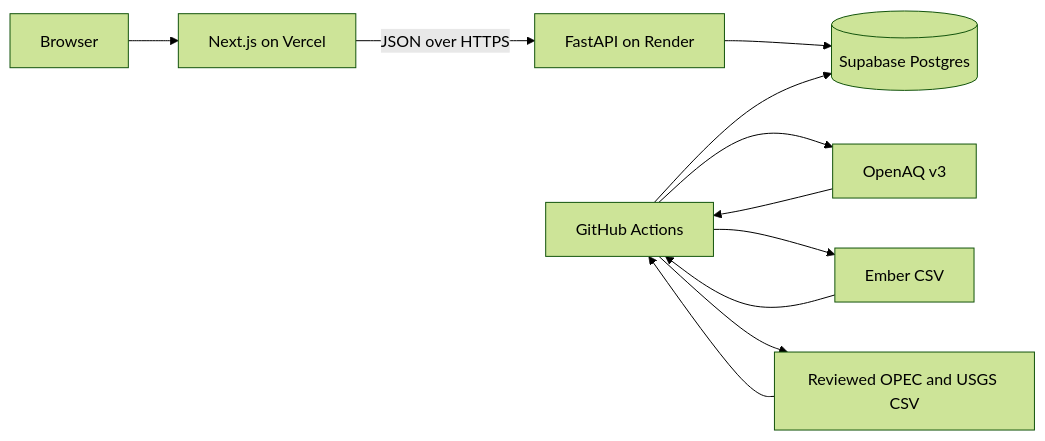
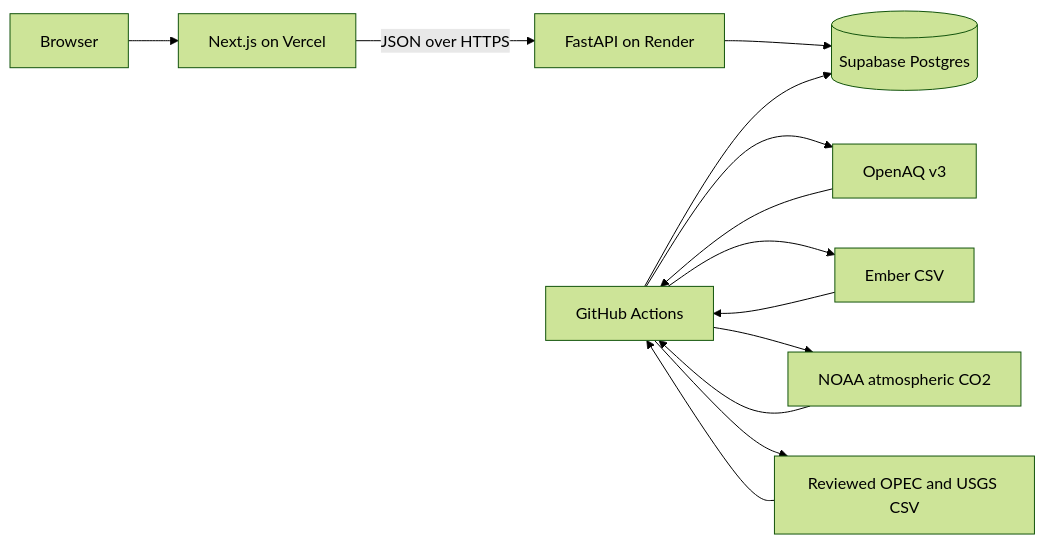
The diagram in README.md (KothariMayaank/Earth-Vitals), drawn with Mermaid (forest theme) before and after one commit. The commit also changed other lines of this file and 20 other files, not shown here.

````diff
--- a/README.md
+++ b/README.md
@@ -17,13 +18,15 @@
 ```mermaid
 flowchart LR
     U[Browser] --> F[Next.js on Vercel]
     F -->|JSON over HTTPS| A[FastAPI on Render]
     A --> D[(Supabase Postgres)]
     G[GitHub Actions] --> O[OpenAQ v3]
     G --> E[Ember CSV]
+    G --> N[NOAA atmospheric CO2]
     G --> M[Reviewed OPEC and USGS CSV]
     O --> G
     E --> G
+    N --> G
     M --> G
     G --> D
 ```
````
